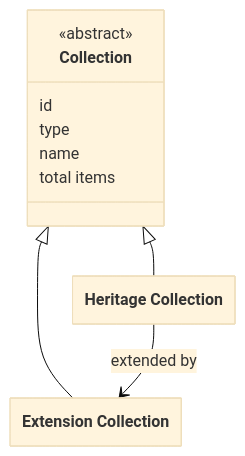
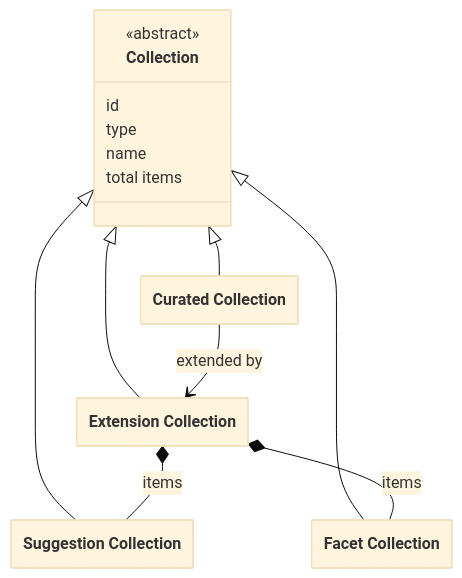
One commit to netwerk-digitaal-erfgoed/netwerk-digitaal-erfgoed.github.io changed the diagram in docs/requirements/data-layer-api/rest/extensions.md. Above: the diagram before and after it, drawn with Mermaid (base theme). The commit also changed other lines of this file and 4 other files, not shown here.

````diff
--- a/docs/requirements/data-layer-api/rest/extensions.md
+++ b/docs/requirements/data-layer-api/rest/extensions.md
@@ -29,24 +34,31 @@
 ```mermaid
 ---
   config:
     class:
       hideEmptyMembersBox: true
 ---
 classDiagram
 
 class Collection {
   <<abstract>>
   id
   type
   name
   total items
 }
 
-class HeritageCollection["Heritage Collection"]
+class CuratedCollection["Curated Collection"]
 class ExtensionCollection["Extension Collection"]
+class SuggestionCollection["Suggestion Collection"]
+class FacetCollection["Facet Collection"]
 
-Collection <|-- HeritageCollection
+Collection <|-- CuratedCollection
 Collection <|-- ExtensionCollection
+Collection <|-- SuggestionCollection
+Collection <|-- FacetCollection
 
-HeritageCollection --> ExtensionCollection : extended by
+CuratedCollection --> ExtensionCollection : extended by
+
+ExtensionCollection *-- SuggestionCollection : items
+ExtensionCollection *-- FacetCollection : items
 ```
````
